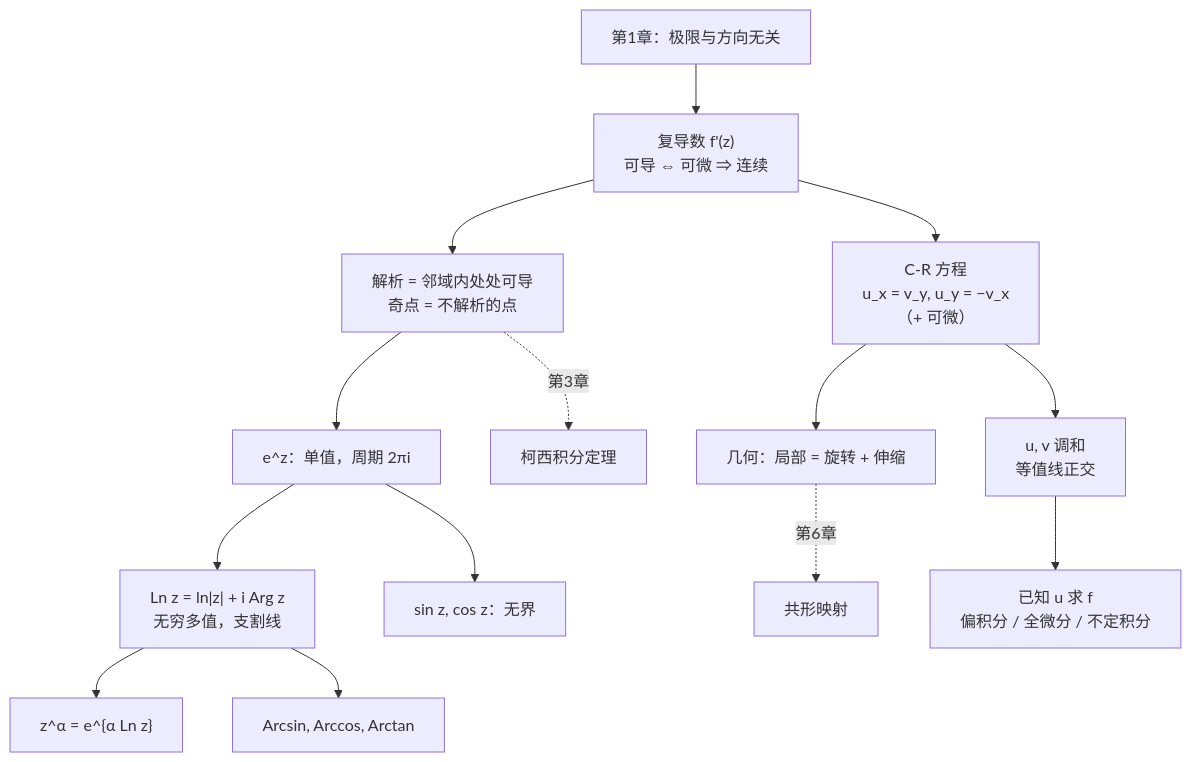
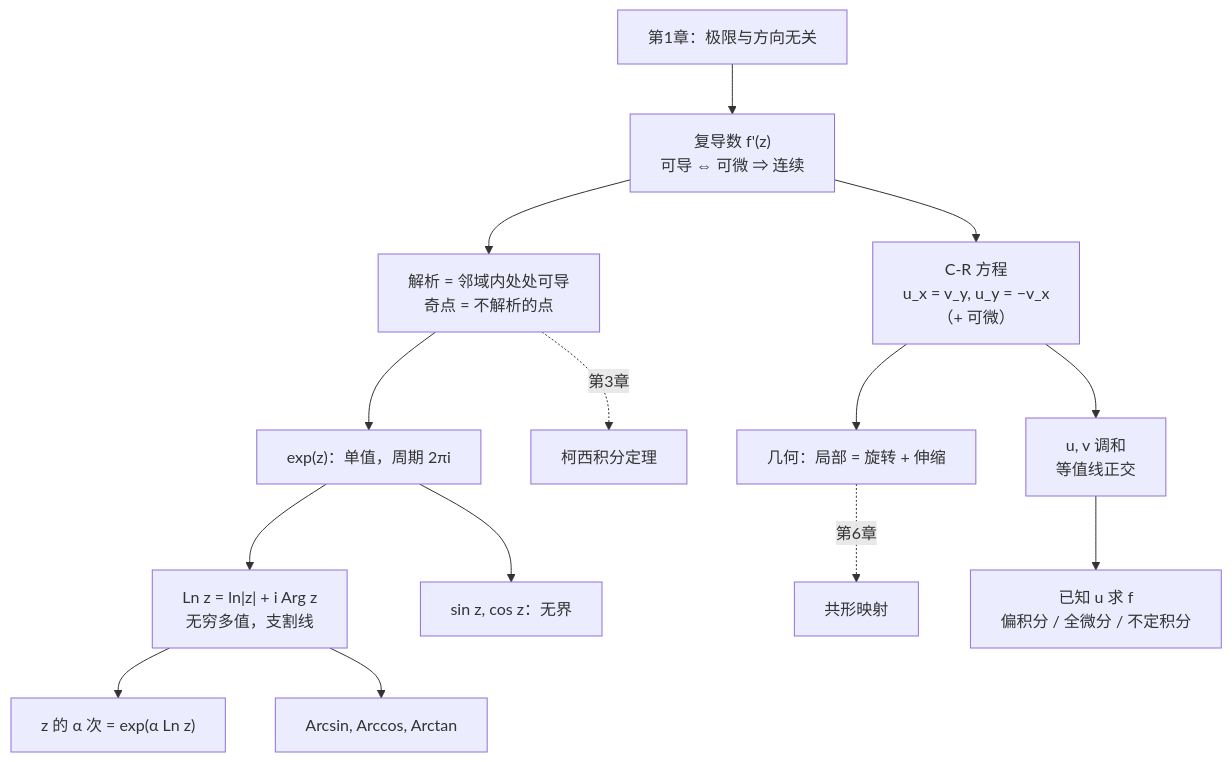
One commit to cockroach-f/complex-functions changed the diagram in docs/ch2.md. Above: the diagram before and after it, drawn with Mermaid. The commit also changed 1 other file, not shown here.

Commit message:
归纳图里的指数改成 exp，避免 ^ 和花括号原样显示。

````diff
--- a/docs/ch2.md
+++ b/docs/ch2.md
@@ -461,16 +461,16 @@
     ```mermaid
     flowchart TD
         L["第1章：极限与方向无关"] --> D["复导数 f'(z)<br/>可导 ⇔ 可微 ⇒ 连续"]
         D --> A["解析 = 邻域内处处可导<br/>奇点 = 不解析的点"]
         D --> CR["C-R 方程<br/>u_x = v_y, u_y = −v_x<br/>（+ 可微）"]
         CR --> J["几何：局部 = 旋转 + 伸缩"]
         CR --> H["u, v 调和<br/>等值线正交"]
         H --> K["已知 u 求 f<br/>偏积分 / 全微分 / 不定积分"]
-        A --> E["e^z：单值，周期 2πi"]
+        A --> E["exp(z)：单值，周期 2πi"]
         E --> LN["Ln z = ln|z| + i Arg z<br/>无穷多值，支割线"]
-        LN --> P["z^α = e^{α Ln z}"]
+        LN --> P["z 的 α 次 = exp(α Ln z)"]
         E --> TR["sin z, cos z：无界"]
         LN --> AT["Arcsin, Arccos, Arctan"]
         J -.第6章.-> CF["共形映射"]
         A -.第3章.-> CI["柯西积分定理"]
     ```
````
